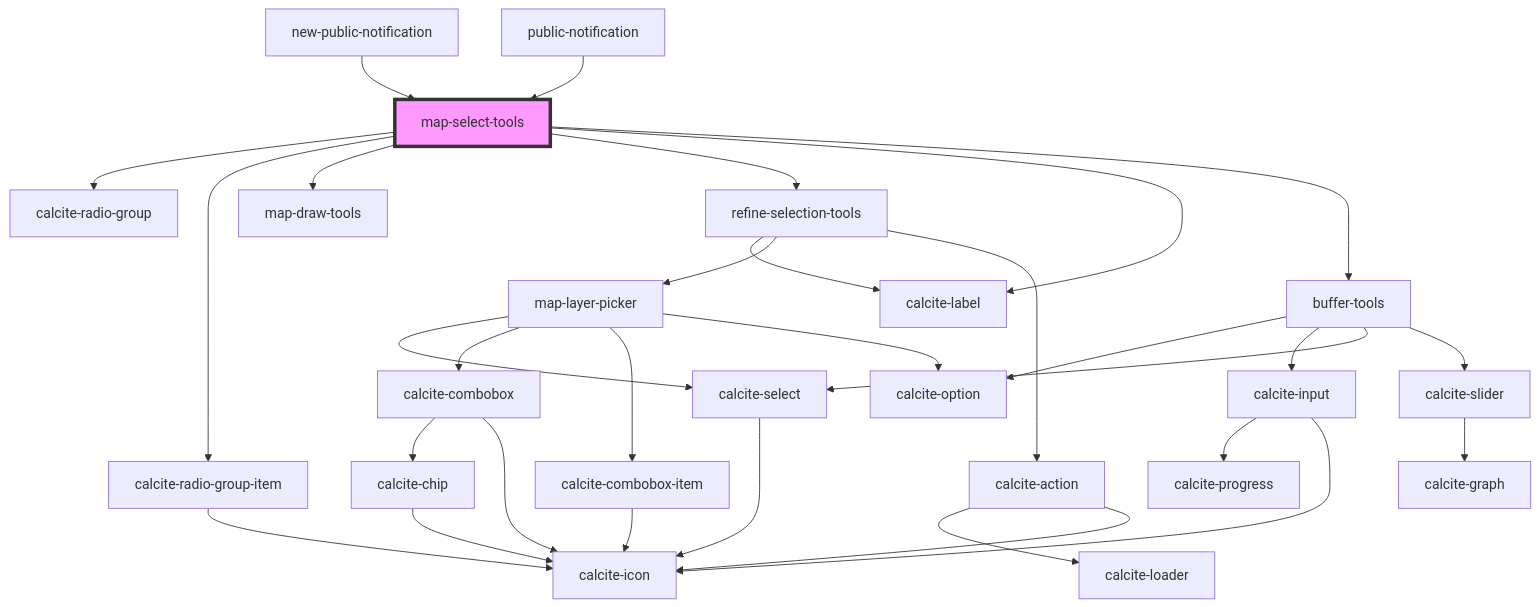
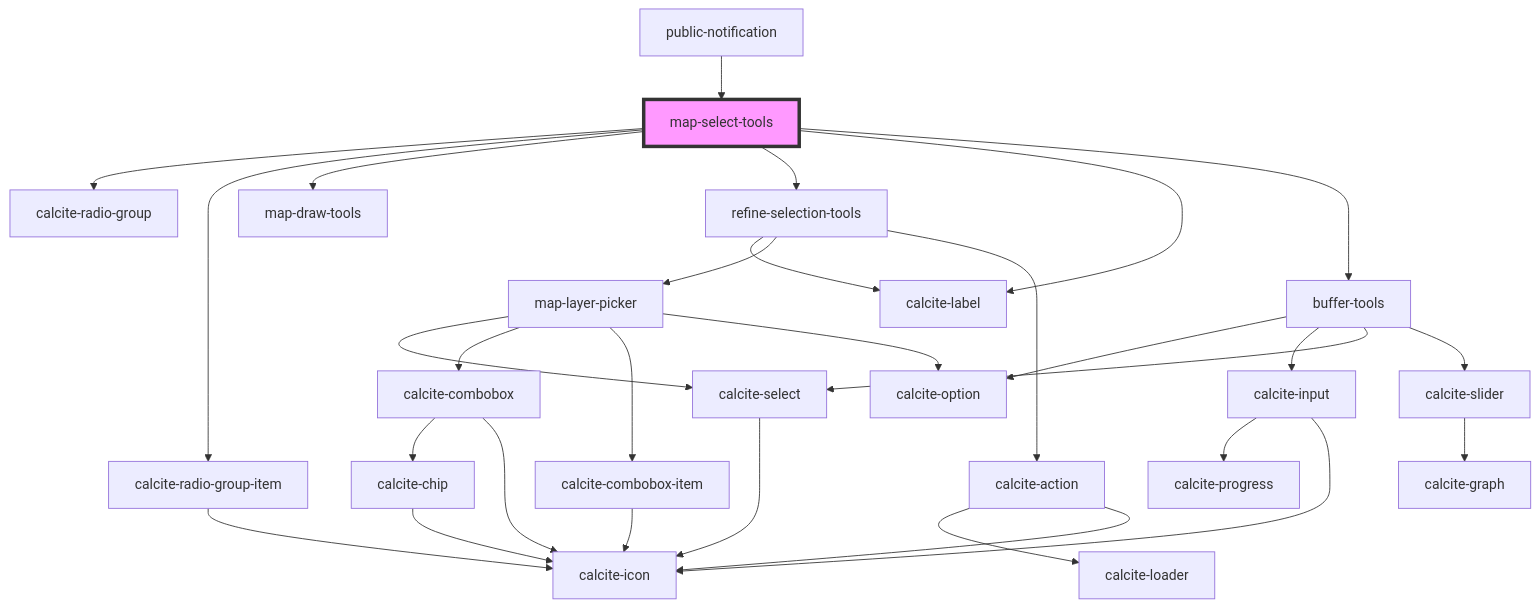
The diagram in src/components/map-select-tools/readme.md (Esri/solutions-components), drawn with Mermaid before and after one commit. The commit also changed other lines of this file and 21 other files, not shown here.

Commit message:
move new-public-notification to public-notification

````diff
--- a/src/components/map-select-tools/readme.md
+++ b/src/components/map-select-tools/readme.md
@@ -97,34 +96,33 @@
 ```mermaid
 graph TD;
   map-select-tools --> calcite-radio-group
   map-select-tools --> calcite-radio-group-item
   map-select-tools --> map-draw-tools
   map-select-tools --> refine-selection-tools
   map-select-tools --> calcite-label
   map-select-tools --> buffer-tools
   calcite-radio-group-item --> calcite-icon
   refine-selection-tools --> calcite-label
   refine-selection-tools --> map-layer-picker
   refine-selection-tools --> calcite-action
   map-layer-picker --> calcite-select
   map-layer-picker --> calcite-combobox
   map-layer-picker --> calcite-combobox-item
   map-layer-picker --> calcite-option
   calcite-select --> calcite-icon
   calcite-combobox --> calcite-chip
   calcite-combobox --> calcite-icon
   calcite-chip --> calcite-icon
   calcite-combobox-item --> calcite-icon
   calcite-action --> calcite-loader
   calcite-action --> calcite-icon
   buffer-tools --> calcite-option
   buffer-tools --> calcite-input
   buffer-tools --> calcite-select
   buffer-tools --> calcite-slider
   calcite-input --> calcite-progress
   calcite-input --> calcite-icon
   calcite-slider --> calcite-graph
-  new-public-notification --> map-select-tools
   public-notification --> map-select-tools
   style map-select-tools fill:#f9f,stroke:#333,stroke-width:4px
 ```
````
